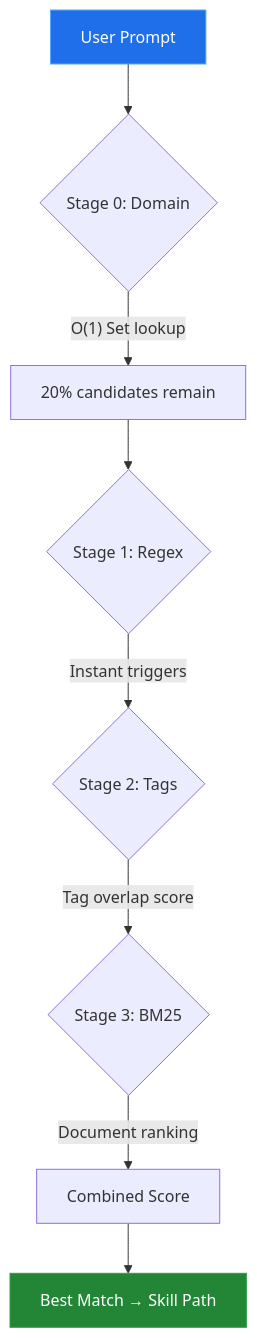
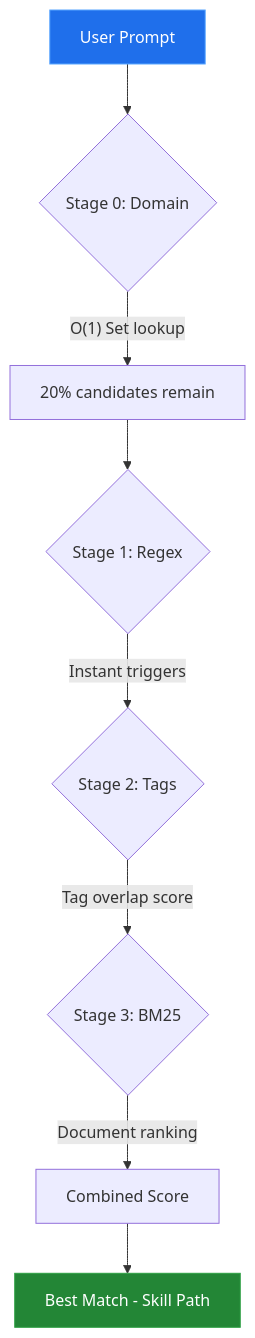
The diagram in README.md (LuzLiang/SkillsMap), drawn with Mermaid before and after one commit.

Commit message:
fix: replace Unicode arrow with ASCII in Mermaid diagram

````diff
--- a/README.md
+++ b/README.md
@@ -48,13 +48,13 @@
 ```mermaid
 graph TD
     A["User Prompt"] --> B{"Stage 0: Domain"}
     B -->|"O(1) Set lookup"| C["20% candidates remain"]
     C --> D{"Stage 1: Regex"}
     D -->|"Instant triggers"| E{"Stage 2: Tags"}
     E -->|"Tag overlap score"| F{"Stage 3: BM25"}
     F -->|"Document ranking"| G["Combined Score"]
-    G --> H["Best Match → Skill Path"]
+    G --> H["Best Match - Skill Path"]
 
     style A fill:#1f6feb,stroke:#58a6ff,color:#fff
     style H fill:#238636,stroke:#2ea043,color:#fff
 ```
````
